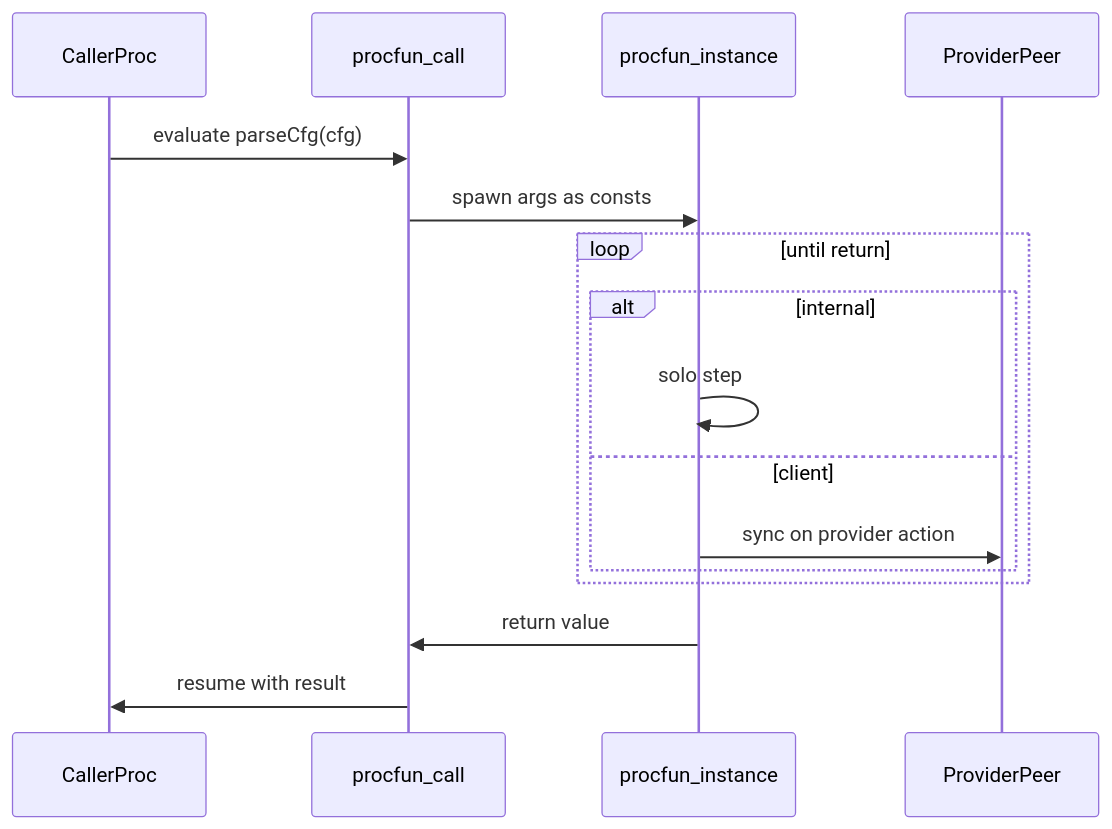
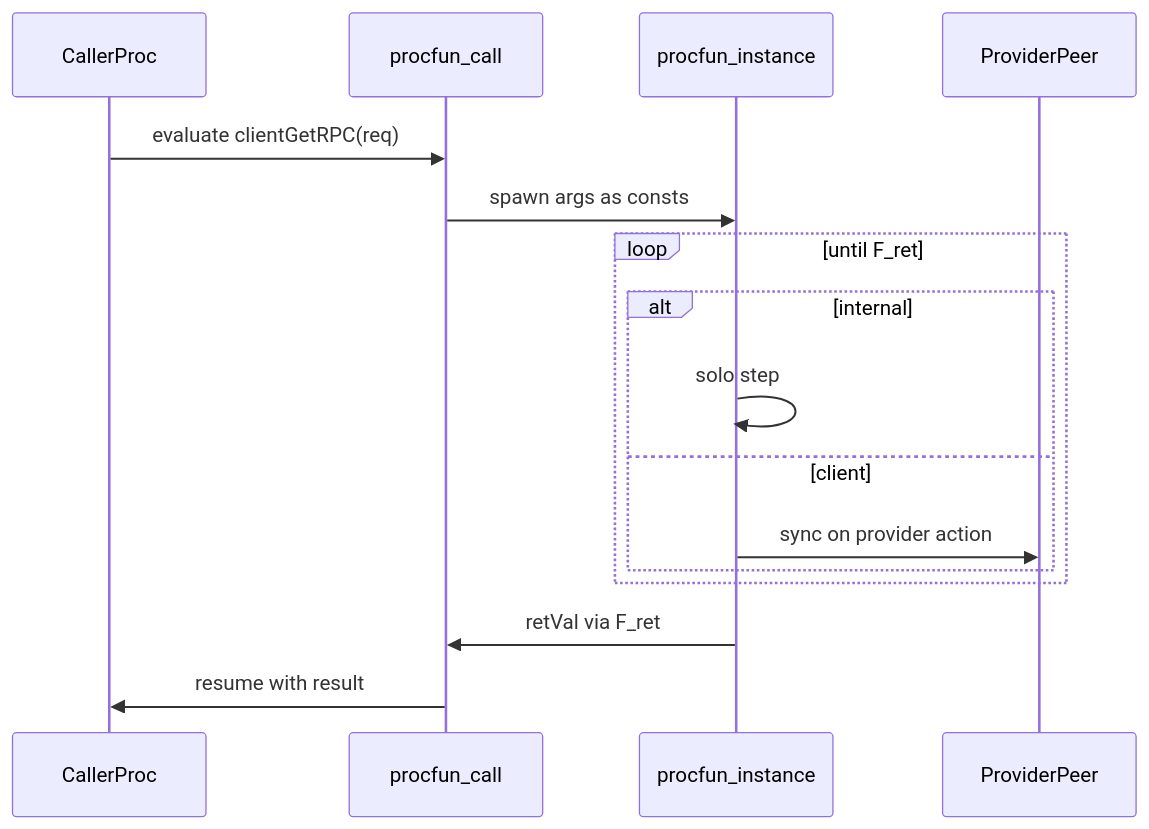
One commit to iandardik/Julang changed the diagram in docs/language/procfun.md. Above: the diagram before and after it, drawn with Mermaid. The commit also changed other lines of this file and 31 other files, not shown here.

````diff
--- a/docs/language/procfun.md
+++ b/docs/language/procfun.md
@@ -16,18 +74,18 @@
 ```mermaid
 sequenceDiagram
   participant Caller as CallerProc
   participant Call as procfun_call
   participant Child as procfun_instance
   participant Prov as ProviderPeer
-  Caller->>Call: evaluate parseCfg(cfg)
+  Caller->>Call: evaluate clientGetRPC(req)
   Call->>Child: spawn args as consts
-  loop until return
+  loop until F_ret
     alt internal
       Child->>Child: solo step
     else client
       Child->>Prov: sync on provider action
     end
   end
-  Child->>Call: return value
+  Child->>Call: retVal via F_ret
   Call->>Caller: resume with result
 ```
````
